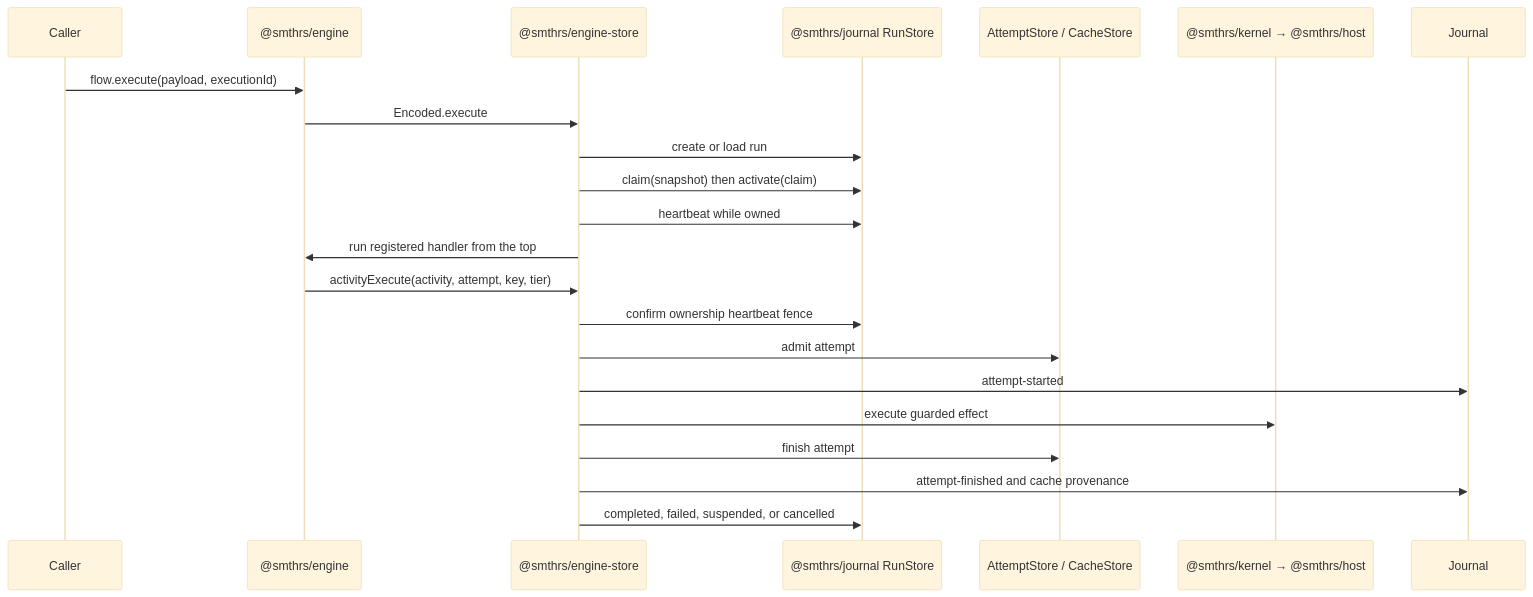
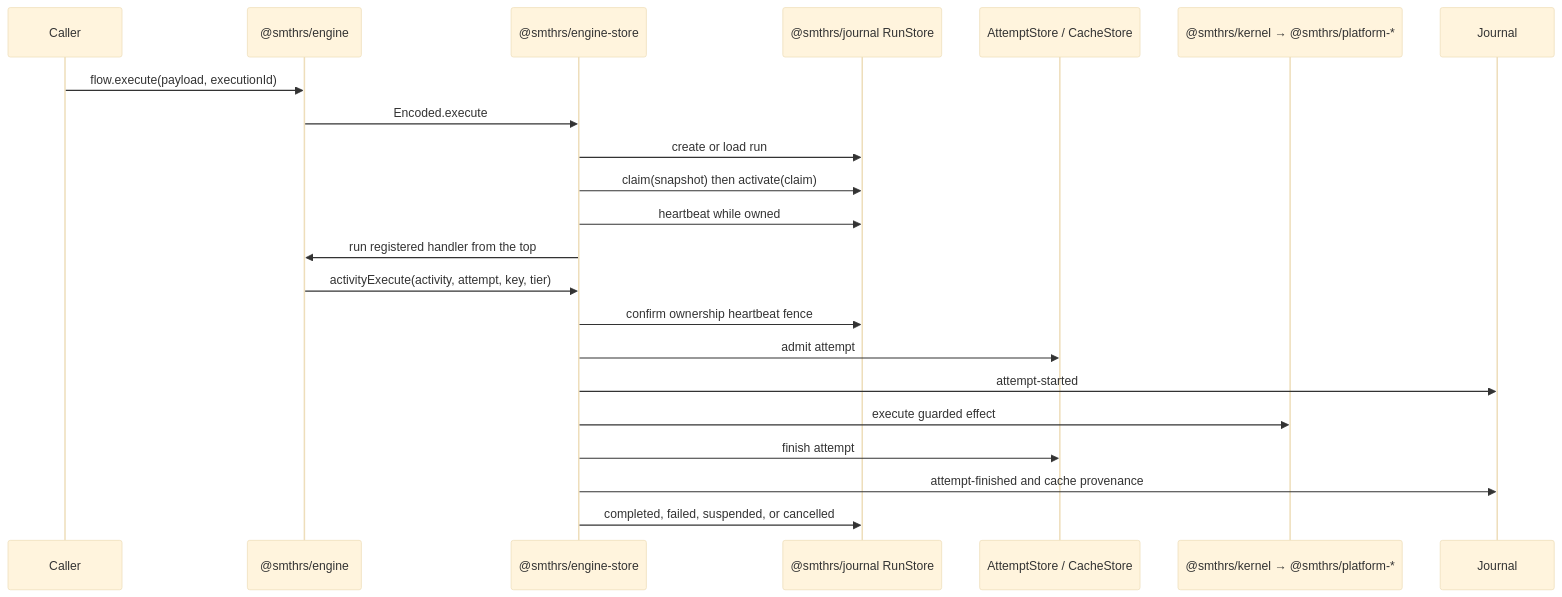
One commit to smithersai/flows changed the diagram in docs/architecture/execution-data-flow.md. Above: the diagram before and after it, drawn with Mermaid (base theme). The commit also changed 41 other files, not shown here.

````diff
--- a/docs/architecture/execution-data-flow.md
+++ b/docs/architecture/execution-data-flow.md
@@ -5,25 +5,25 @@
 ```mermaid
 sequenceDiagram
   participant Caller
   participant Flow as @smthrs/engine
   participant Driver as @smthrs/engine-store
   participant Runs as @smthrs/journal RunStore
   participant Attempts as AttemptStore / CacheStore
-  participant Host as @smthrs/kernel → @smthrs/host
+  participant Host as @smthrs/kernel → @smthrs/platform-*
   participant Journal as Journal
 
   Caller->>Flow: flow.execute(payload, executionId)
   Flow->>Driver: Encoded.execute
   Driver->>Runs: create or load run
   Driver->>Runs: claim(snapshot) then activate(claim)
   Driver->>Runs: heartbeat while owned
   Driver->>Flow: run registered handler from the top
   Flow->>Driver: activityExecute(activity, attempt, key, tier)
   Driver->>Runs: confirm ownership heartbeat fence
   Driver->>Attempts: admit attempt
   Driver->>Journal: attempt-started
   Driver->>Host: execute guarded effect
   Driver->>Attempts: finish attempt
   Driver->>Journal: attempt-finished and cache provenance
   Driver->>Runs: completed, failed, suspended, or cancelled
 ```
````
